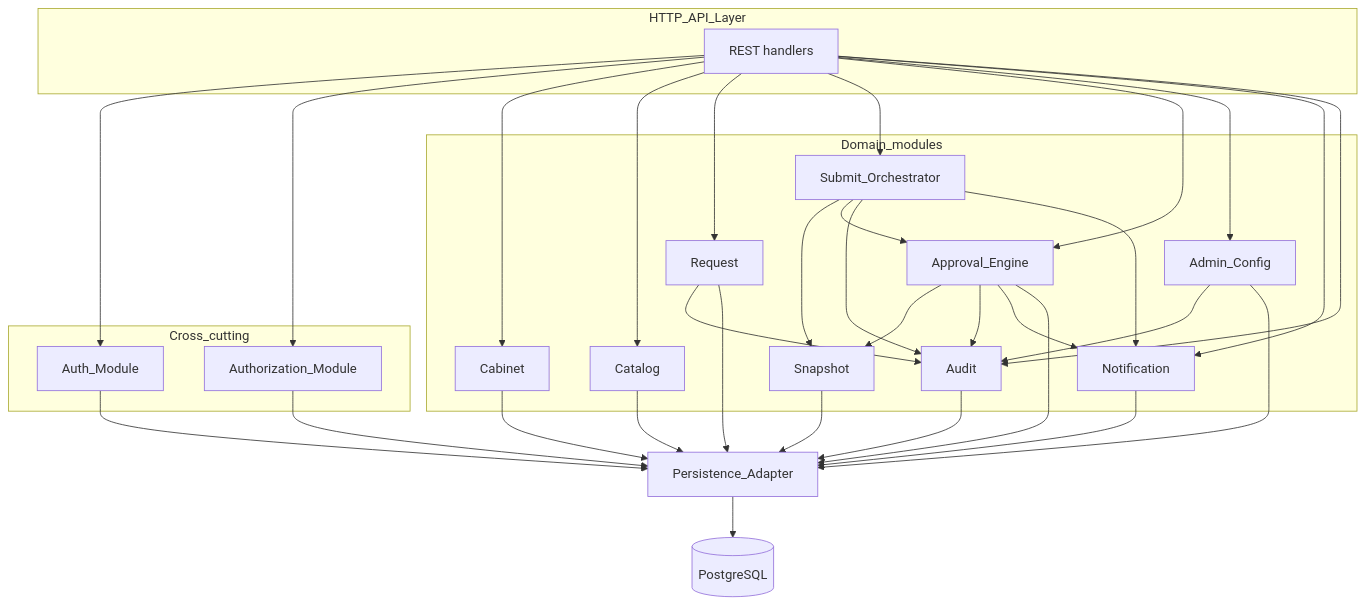
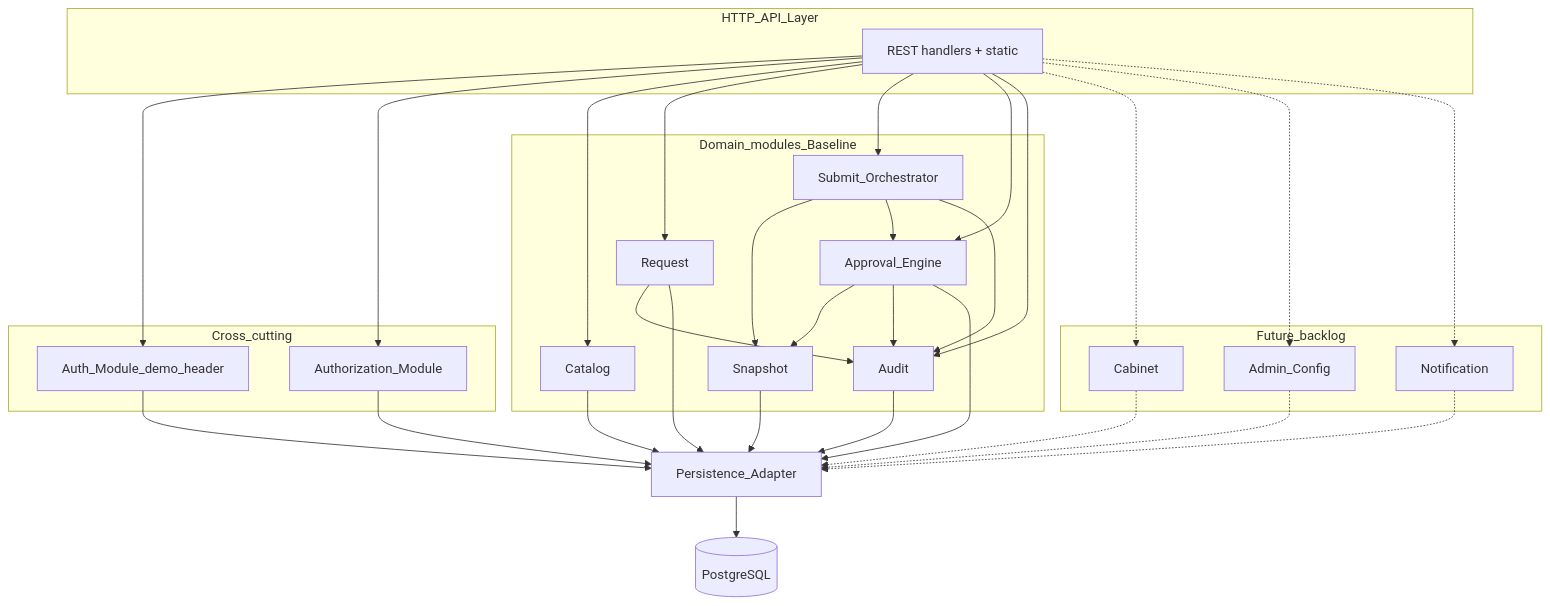
One commit to egoryasuk96/pet-project-hr-tech- changed the diagram in docs/03-diagrams/architecture/component-diagram.md. Above: the diagram before and after it, drawn with Mermaid. The commit also changed other lines of this file and 7 other files, not shown here.

Commit message:
docs: stage 5 — static HTML web client ADR and architecture alignment

````diff
--- a/docs/03-diagrams/architecture/component-diagram.md
+++ b/docs/03-diagrams/architecture/component-diagram.md
@@ -62,59 +74,60 @@
 ```mermaid
 flowchart TB
   subgraph http [HTTP_API_Layer]
-    Handlers[REST handlers]
+    Handlers[REST handlers + static]
   end
 
   subgraph cross [Cross_cutting]
-    AuthN[Auth_Module]
+    AuthN[Auth_Module_demo_header]
     AuthZ[Authorization_Module]
   end
 
-  subgraph domain [Domain_modules]
-    Cab[Cabinet]
+  subgraph domain [Domain_modules_Baseline]
     Cat[Catalog]
     Req[Request]
     Sub[Submit_Orchestrator]
     Snap[Snapshot]
     Appr[Approval_Engine]
+    Audit[Audit]
+  end
+
+  subgraph future [Future_backlog]
+    Cab[Cabinet]
     Adm[Admin_Config]
     Notif[Notification]
-    Audit[Audit]
   end
 
   Pers[Persistence_Adapter]
   DB[(PostgreSQL)]
 
   Handlers --> AuthN
   Handlers --> AuthZ
-  Handlers --> Cab
   Handlers --> Cat
   Handlers --> Req
   Handlers --> Sub
   Handlers --> Appr
-  Handlers --> Adm
-  Handlers --> Notif
   Handlers --> Audit
 
   Sub --> Snap
   Sub --> Appr
   Sub --> Audit
-  Sub --> Notif
   Appr --> Snap
   Appr --> Audit
-  Appr --> Notif
   Req --> Audit
-  Adm --> Audit
 
-  Cab --> Pers
   Cat --> Pers
   Req --> Pers
   Snap --> Pers
   Appr --> Pers
-  Adm --> Pers
-  Notif --> Pers
   Audit --> Pers
   AuthN --> Pers
   AuthZ --> Pers
   Pers --> DB
+
+  Handlers -.-> Cab
+  Handlers -.-> Adm
+  Handlers -.-> Notif
+  Cab -.-> Pers
+  Adm -.-> Pers
+  Notif -.-> Pers
 ```
````
